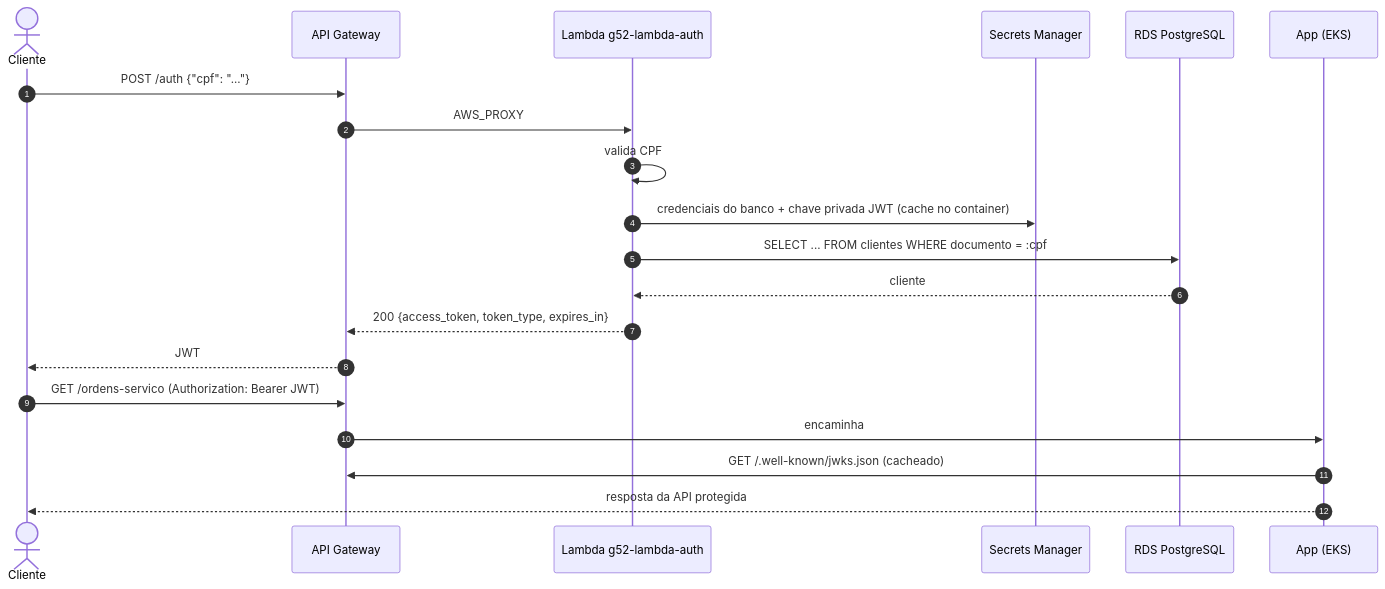
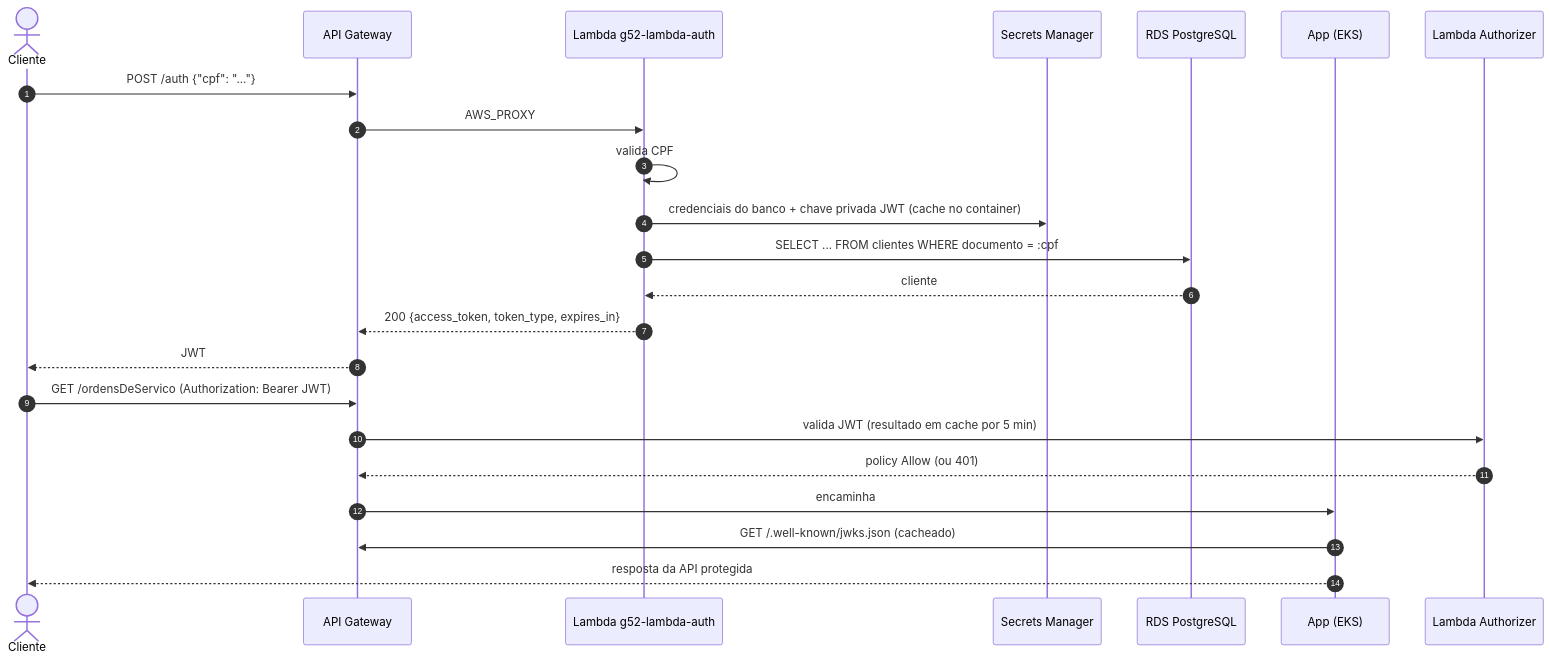
One commit to Teplotax/g52-lambda-tech-challenge changed the diagram in README.md. Above: the diagram before and after it, drawn with Mermaid. The commit also changed other lines of this file and 14 other files, not shown here.

Commit message:
Added Lambda Authorizer

````diff
--- a/README.md
+++ b/README.md
@@ -15,24 +17,27 @@
 ```mermaid
 sequenceDiagram
     autonumber
     actor C as Cliente
     participant GW as API Gateway
     participant L as Lambda g52-lambda-auth
     participant SM as Secrets Manager
     participant DB as RDS PostgreSQL
     participant APP as App (EKS)
 
     C->>GW: POST /auth {"cpf": "..."}
     GW->>L: AWS_PROXY
     L->>L: valida CPF
     L->>SM: credenciais do banco + chave privada JWT (cache no container)
     L->>DB: SELECT ... FROM clientes WHERE documento = :cpf
     DB-->>L: cliente
     L-->>GW: 200 {access_token, token_type, expires_in}
     GW-->>C: JWT
 
-    C->>GW: GET /ordens-servico (Authorization: Bearer JWT)
+    participant AZ as Lambda Authorizer
+    C->>GW: GET /ordensDeServico (Authorization: Bearer JWT)
+    GW->>AZ: valida JWT (resultado em cache por 5 min)
+    AZ-->>GW: policy Allow (ou 401)
     GW->>APP: encaminha
     APP->>GW: GET /.well-known/jwks.json (cacheado)
     APP-->>C: resposta da API protegida
 ```
````
